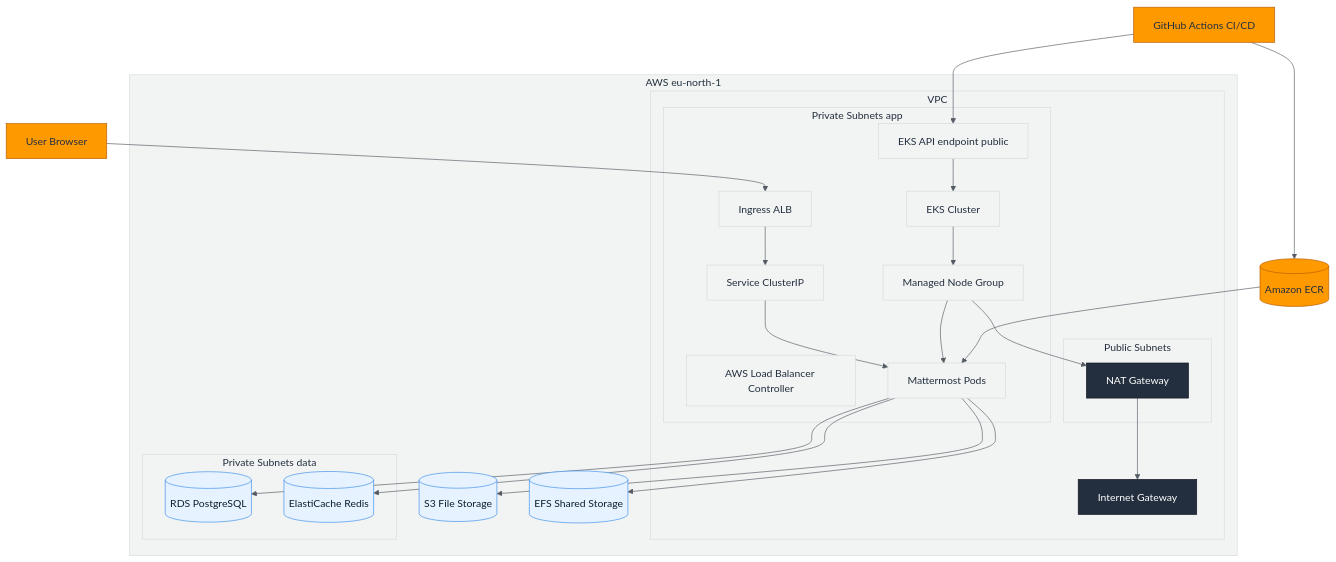
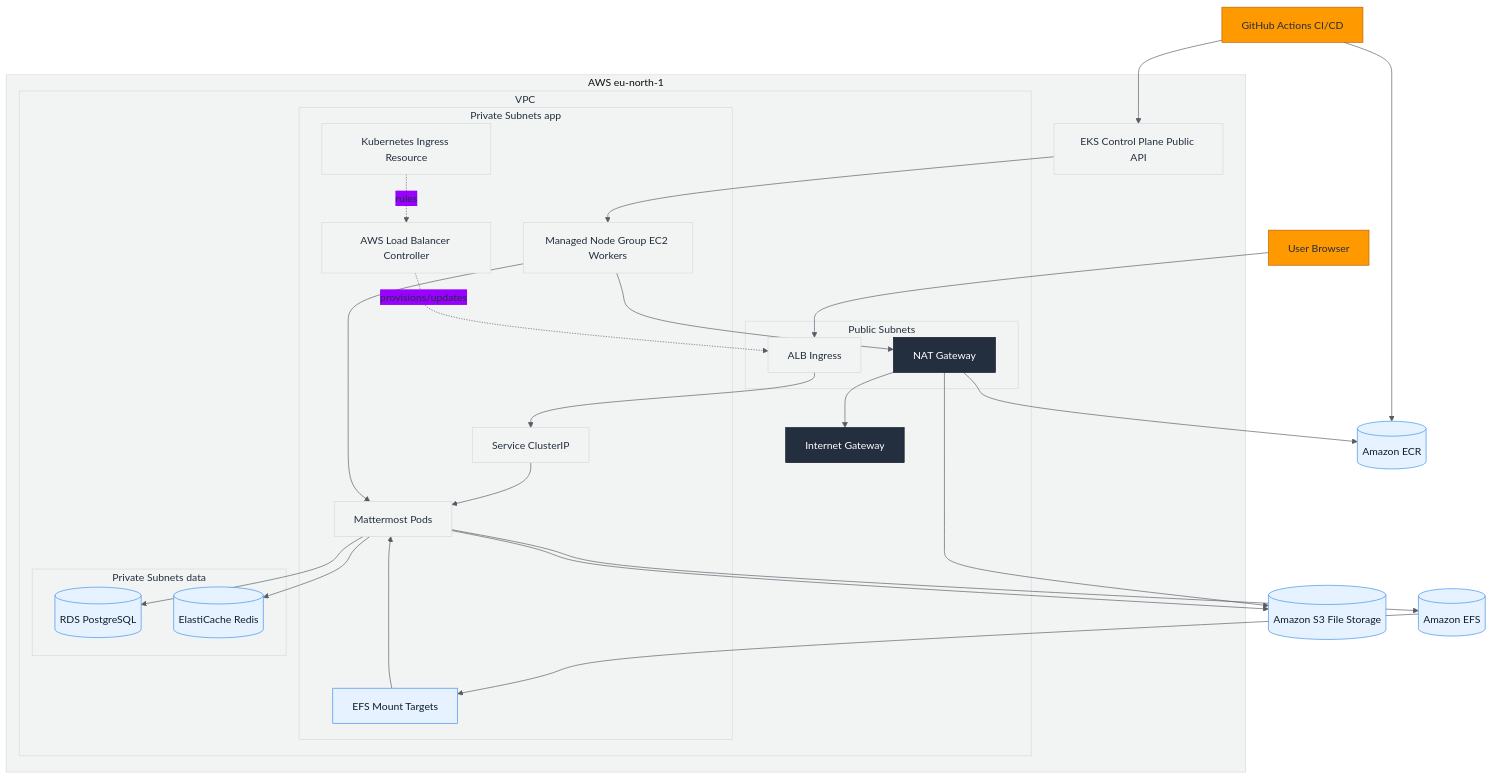
Before and after one commit to saeed0000000/project-mattermost: the diagram in docs/architecture-diagram.md, drawn with Mermaid. The commit also changed other lines of this file, not shown here.

Commit message:
docs: update architecture diagram for ingress controller and aws styling

````diff
--- a/docs/architecture-diagram.md
+++ b/docs/architecture-diagram.md
@@ -14,54 +14,62 @@
   user[User Browser]
   gha[GitHub Actions CI/CD]
   ecr[(Amazon ECR)]
+  s3[(Amazon S3 File Storage)]
+  efs[(Amazon EFS)]
 
   subgraph aws[AWS eu-north-1]
+    %% EKS control plane is managed by AWS (not inside your subnets)
+    ekscp[EKS Control Plane Public API]
+
     subgraph vpc[VPC]
       igw[Internet Gateway]
 
       subgraph pub[Public Subnets]
+        alb[ALB Ingress]
         nat[NAT Gateway]
       end
 
       subgraph privApp[Private Subnets app]
-        eksapi[EKS API endpoint public]
-        eks[EKS Cluster]
-        ng[Managed Node Group]
+        ng[Managed Node Group EC2 Workers]
         lbc[AWS Load Balancer Controller]
-        ing[Ingress ALB]
+        ing[Kubernetes Ingress Resource]
         svc[Service ClusterIP]
         mm[Mattermost Pods]
+        efsmt[EFS Mount Targets]
+      end
+
+      subgraph privData[Private Subnets data]
+        rds[(RDS PostgreSQL)]
+        cache[(ElastiCache Redis)]
       end
     end
-
-    subgraph privData[Private Subnets data]
-      rds[(RDS PostgreSQL)]
-      cache[(ElastiCache Redis)]
-    end
-
-    s3[(S3 File Storage)]
-    efs[(EFS Shared Storage)]
   end
 
   %% User traffic path
-  user --> ing --> svc --> mm
+  user --> alb --> svc --> mm
+
+  %% Ingress provisions ALB via the controller (conceptual)
+  ing -. rules .-> lbc
+  lbc -. provisions/updates .-> alb
+
+  %% Control plane schedules workloads onto nodes
+  ekscp --> ng --> mm
 
   %% App dependencies
   mm --> rds
   mm --> cache
   mm --> s3
   mm --> efs
+  efs --> efsmt --> mm
 
-  %% Control plane and scheduling
-  eksapi --> eks --> ng --> mm
+  %% CI/CD
+  gha --> ecr
+  gha --> ekscp
 
-  %% CI/CD path
-  gha --> ecr
-  ecr --> mm
-  gha --> eksapi
-
-  %% Outbound to AWS services (no VPC endpoints)
+  %% Image pulls / outbound to AWS services (no VPC endpoints)
   ng --> nat --> igw
+  nat --> ecr
+  nat --> s3
 
   %% Styling
   classDef awsfill fill:#FF9900,stroke:#B85E00,color:#232F3E;
@@ -69,9 +77,10 @@
   classDef light fill:#F2F3F3,stroke:#D5DBDB,color:#232F3E;
   classDef data fill:#E6F2FF,stroke:#3B8EEA,color:#0B1F2A;
 
-  class aws,vpc,pub,privApp,privData light;
+  class vpc,pub,privApp,privData light;
   class igw,nat dark;
-  class gha,ecr awsfill;
-  class eksapi,eks,ng,lbc,ing,svc,mm light;
-  class rds,cache,s3,efs data;
+  class gha awsfill;
+  class ekscp light;
+  class alb,ng,lbc,ing,svc,mm light;
+  class rds,cache,ecr,s3,efs,efsmt data;
 ```
````
